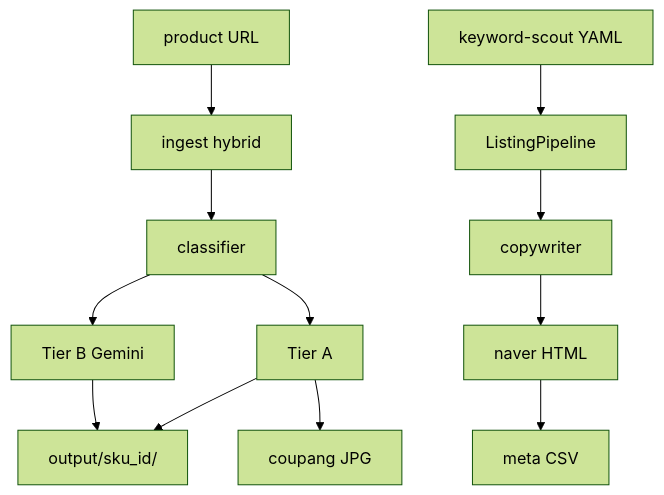
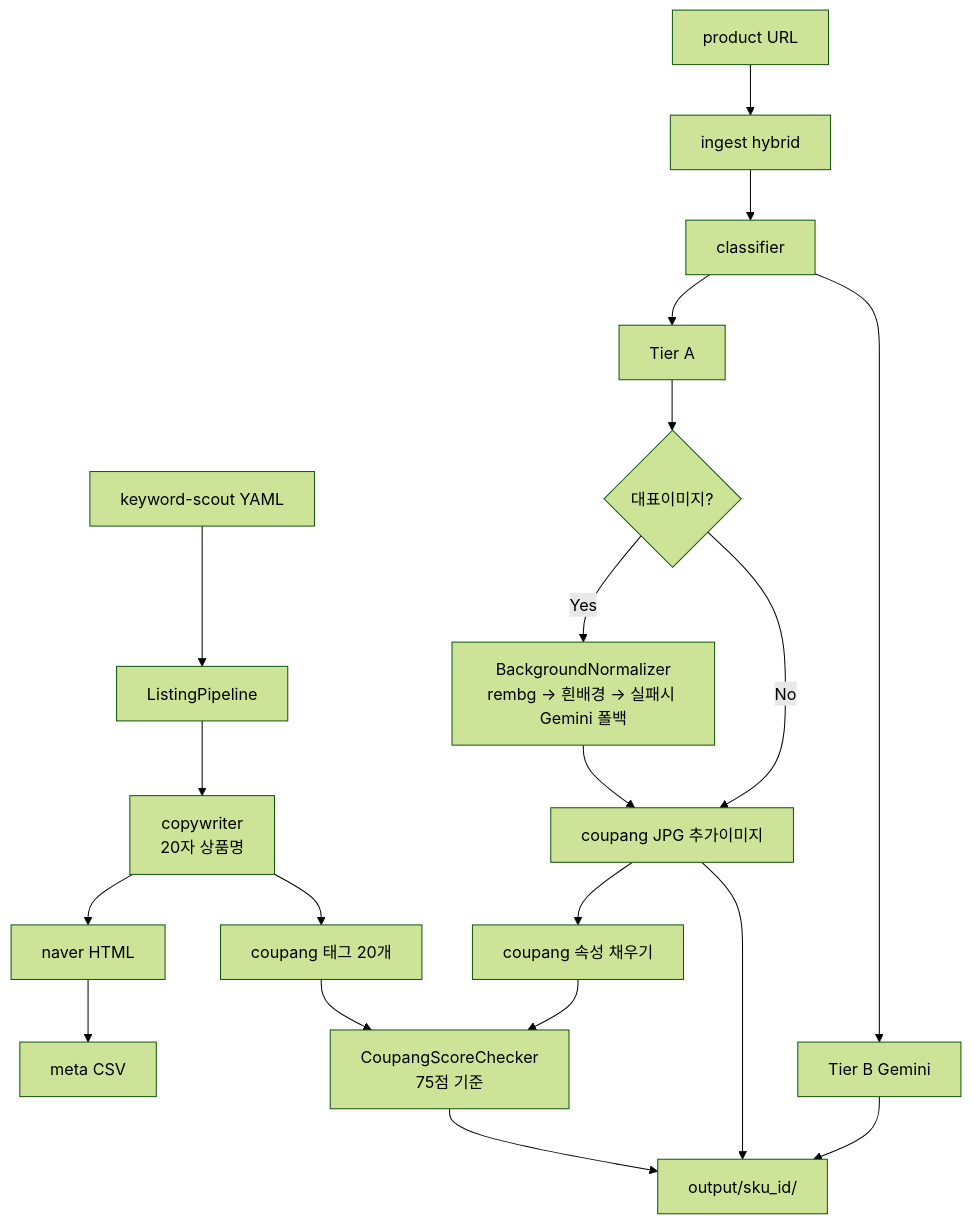
The diagram in ARCHITECTURE.md (kdh001/listing-forge), drawn with Mermaid (forest theme) before and after one commit. The commit also changed other lines of this file and 7 other files, not shown here.

````diff
--- a/ARCHITECTURE.md
+++ b/ARCHITECTURE.md
@@ -42,14 +47,22 @@
 ```mermaid
 flowchart TB
   URL[product URL] --> ING[ingest hybrid]
   KY[keyword-scout YAML] --> PIPE
   ING --> CLS[classifier]
   CLS --> TA[Tier A]
   CLS --> TB[Tier B Gemini]
-  TA --> OUT[output/sku_id/]
-  TB --> OUT
-  PIPE[ListingPipeline] --> COPY[copywriter]
+  TA --> BG{대표이미지?}
+  BG -->|Yes| BGN[BackgroundNormalizer<br/>rembg → 흰배경 → 실패시 Gemini 폴백]
+  BG -->|No| CP[coupang JPG 추가이미지]
+  BGN --> CP
+  TB --> OUT[output/sku_id/]
+  PIPE[ListingPipeline] --> COPY[copywriter<br/>20자 상품명]
   COPY --> NV[naver HTML]
-  TA --> CP[coupang JPG]
+  COPY --> CTAG[coupang 태그 20개]
+  CP --> ATTR[coupang 속성 채우기]
+  ATTR --> SCORE[CoupangScoreChecker<br/>75점 기준]
+  CTAG --> SCORE
   NV --> CSV[meta CSV]
+  CP --> OUT
+  SCORE --> OUT
 ```
````
